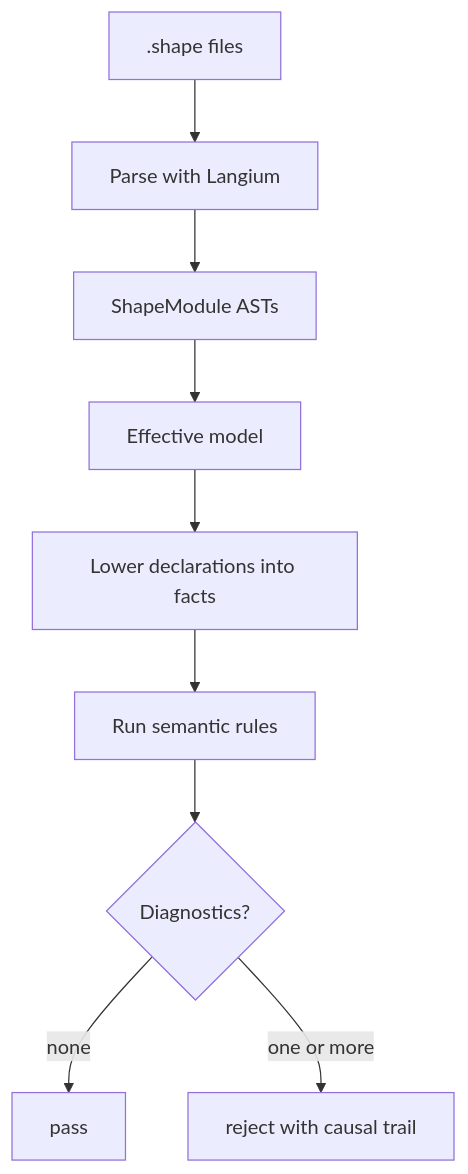
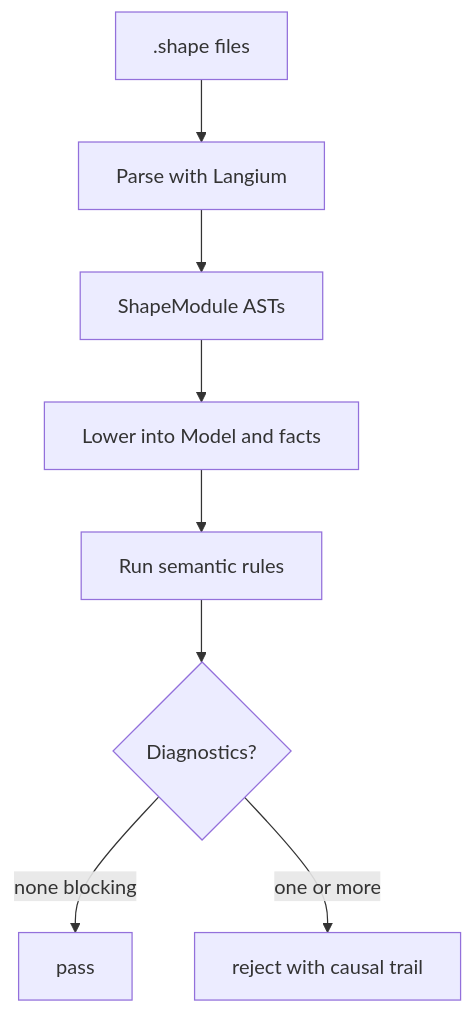
Before and after one commit to timbrinded/shapelang: the first of 2 diagrams in docs-site/src/content/docs/inside-shape/checker-pipeline.md, drawn with Mermaid. The commit also changed other lines of this file and 40 other files, not shown here.

````diff
--- a/docs-site/src/content/docs/inside-shape/checker-pipeline.md
+++ b/docs-site/src/content/docs/inside-shape/checker-pipeline.md
@@ -14,11 +14,10 @@
 ```mermaid
 flowchart TD
   A[".shape files"] --> B["Parse with Langium"]
   B --> C["ShapeModule ASTs"]
-  C --> E["Effective model"]
-  E --> F["Lower declarations into facts"]
-  F --> G["Run semantic rules"]
-  G --> H{"Diagnostics?"}
-  H -->|"none"| I["pass"]
-  H -->|"one or more"| J["reject with causal trail"]
+  C --> D["Lower into Model and facts"]
+  D --> E["Run semantic rules"]
+  E --> F{"Diagnostics?"}
+  F -->|"none blocking"| G["pass"]
+  F -->|"one or more"| H["reject with causal trail"]
 ```
````
